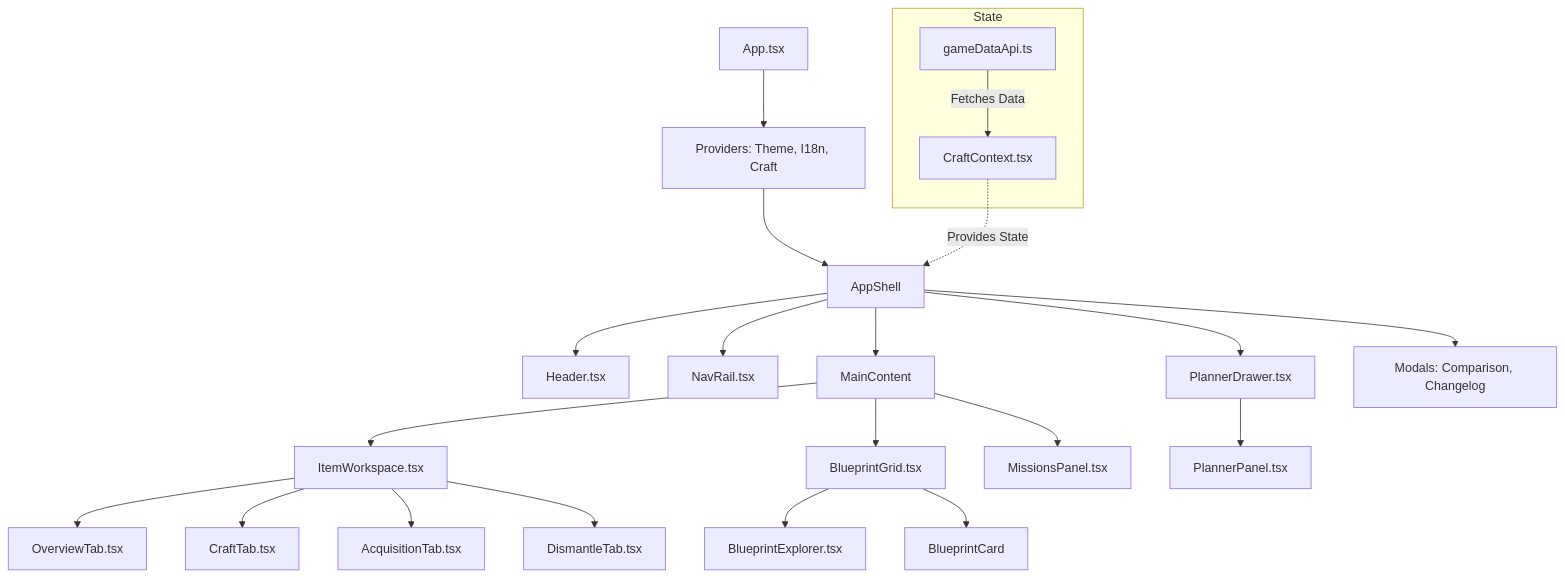
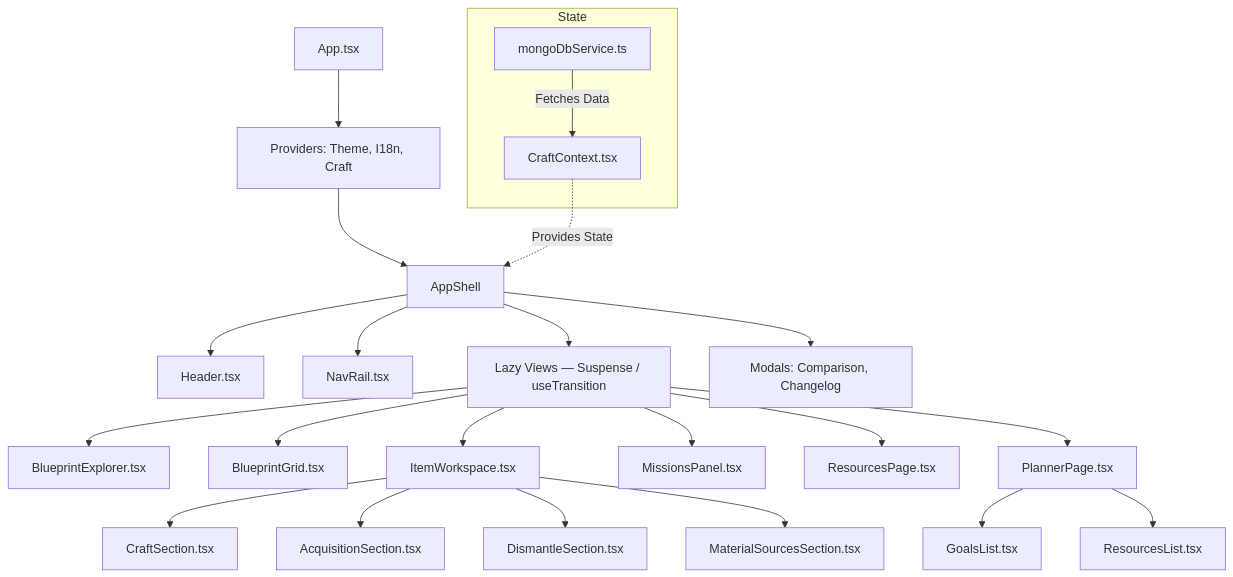
Before and after one commit to QuentinSostaric/space-craft-planner: the diagram in README.md, drawn with Mermaid. The commit also changed other lines of this file, not shown here.

First line of the commit message:
docs: update README and CLAUDE.md for current architecture

````diff
--- a/README.md
+++ b/README.md
@@ -25,33 +26,33 @@
 ```mermaid
 graph TD
     App[App.tsx] --> Providers[Providers: Theme, I18n, Craft]
     Providers --> AppShell[AppShell]
-    
+
     AppShell --> Header[Header.tsx]
     AppShell --> NavRail[NavRail.tsx]
-    AppShell --> MainContent[MainContent]
-    AppShell --> PlannerDrawer[PlannerDrawer.tsx]
+    AppShell --> Views[Lazy Views — Suspense / useTransition]
     AppShell --> Modals[Modals: Comparison, Changelog]
-    
-    MainContent --> ItemWorkspace[ItemWorkspace.tsx]
-    MainContent --> BlueprintGrid[BlueprintGrid.tsx]
-    MainContent --> MissionsPanel[MissionsPanel.tsx]
-    
-    ItemWorkspace --> OverviewTab[OverviewTab.tsx]
-    ItemWorkspace --> CraftTab[CraftTab.tsx]
-    ItemWorkspace --> AcquisitionTab[AcquisitionTab.tsx]
-    ItemWorkspace --> DismantleTab[DismantleTab.tsx]
-    
-    BlueprintGrid --> BlueprintExplorer[BlueprintExplorer.tsx]
-    BlueprintGrid --> BlueprintCard[BlueprintCard]
-    
-    PlannerDrawer --> PlannerPanel[PlannerPanel.tsx]
-    
+
+    Views --> BlueprintExplorer[BlueprintExplorer.tsx]
+    Views --> BlueprintGrid[BlueprintGrid.tsx]
+    Views --> ItemWorkspace[ItemWorkspace.tsx]
+    Views --> MissionsPanel[MissionsPanel.tsx]
+    Views --> ResourcesPage[ResourcesPage.tsx]
+    Views --> PlannerPage[PlannerPage.tsx]
+
+    ItemWorkspace --> CraftSection[CraftSection.tsx]
+    ItemWorkspace --> AcquisitionSection[AcquisitionSection.tsx]
+    ItemWorkspace --> DismantleSection[DismantleSection.tsx]
+    ItemWorkspace --> MaterialSourcesSection[MaterialSourcesSection.tsx]
+
+    PlannerPage --> GoalsList[GoalsList.tsx]
+    PlannerPage --> ResourcesList[ResourcesList.tsx]
+
     subgraph State
         CraftContext[CraftContext.tsx]
-        GameDataAPI[gameDataApi.ts]
+        mongoDbService[mongoDbService.ts]
     end
-    
+
     CraftContext -.->|Provides State| AppShell
-    GameDataAPI -->|Fetches Data| CraftContext
+    mongoDbService -->|Fetches Data| CraftContext
 ```
````
